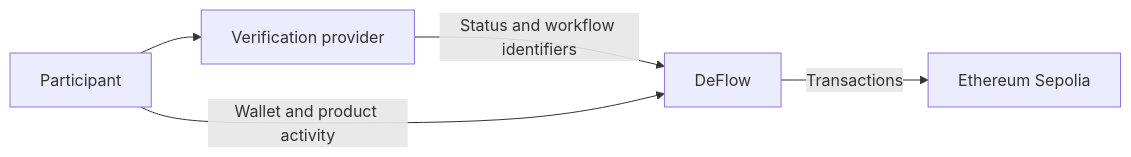
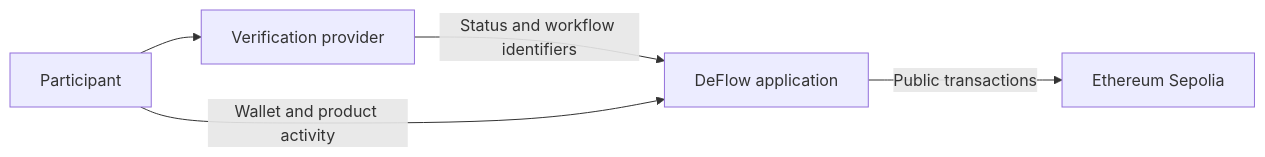
The diagram in content/2.user-guide/3.security/1.data-privacy.md (deflowlabs/docs), drawn with Mermaid before and after one commit. The commit also changed 10 other files, not shown here.

Commit message:
feat(docs): modernize Mermaid presentation and delivery

````diff
--- a/content/2.user-guide/3.security/1.data-privacy.md
+++ b/content/2.user-guide/3.security/1.data-privacy.md
@@ -20,7 +20,7 @@
 ```mermaid [Identity data boundary]
 flowchart LR
   U[Participant] --> P[Verification provider]
-  P -->|Status and workflow identifiers| D[DeFlow]
+  P -->|Status and workflow identifiers| D[DeFlow application]
   U -->|Wallet and product activity| D
-  D -->|Transactions| S[Ethereum Sepolia]
+  D -->|Public transactions| S[Ethereum Sepolia]
 ```
````
